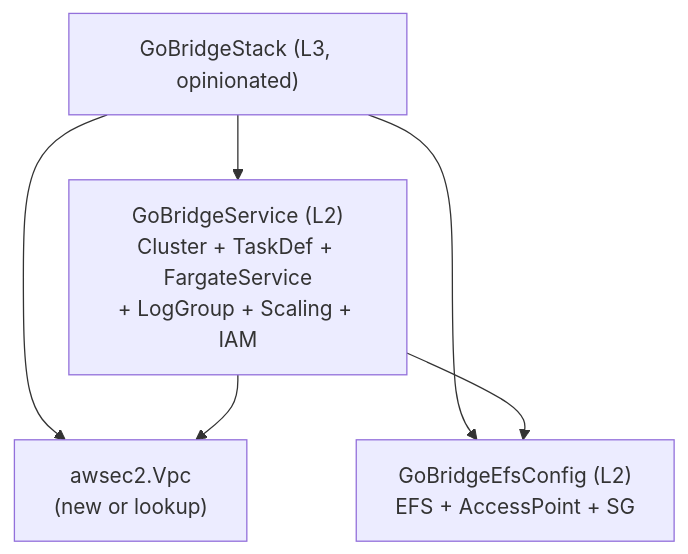
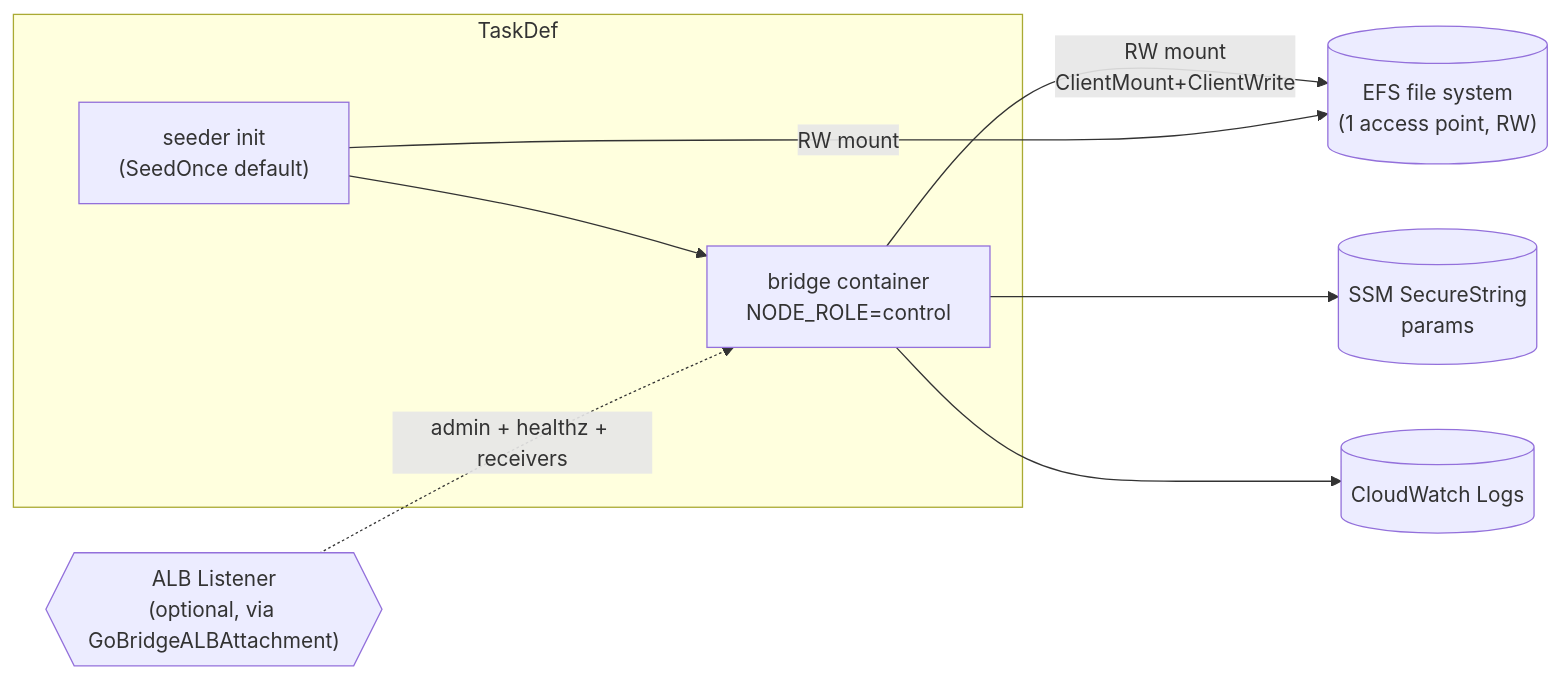
The third of 4 diagrams in deployment/aws-filebased-config/ARCHITECTURE.md (mariotoffia/gobridge), drawn with Mermaid before and after one commit. The commit also changed other lines of this file and 2 other files, not shown here.

First line of the commit message:
docs(aws-filebased-config): rewrite ARCHITECTURE.md for L2-only redesign (T23)

````diff
--- a/deployment/aws-filebased-config/ARCHITECTURE.md
+++ b/deployment/aws-filebased-config/ARCHITECTURE.md
@@ -27,13 +77,16 @@
 ```mermaid
-flowchart TB
-    Stack["GoBridgeStack (L3, opinionated)"]
-    VPC["awsec2.Vpc<br/>(new or lookup)"]
-    EFS["GoBridgeEfsConfig (L2)<br/>EFS + AccessPoint + SG"]
-    SVC["GoBridgeService (L2)<br/>Cluster + TaskDef + FargateService<br/>+ LogGroup + Scaling + IAM"]
+flowchart LR
+    subgraph TaskDef
+      SEED["seeder init<br/>(SeedOnce default)"] --> CTRL["bridge container<br/>NODE_ROLE=control"]
+    end
+    EFS[("EFS file system<br/>(1 access point, RW)")]
+    SSM[("SSM SecureString<br/>params")]
+    LOG[("CloudWatch Logs")]
+    ALB{{"ALB Listener<br/>(optional, via GoBridgeALBAttachment)"}}
 
-    Stack --> VPC
-    Stack --> EFS
-    Stack --> SVC
-    SVC --> EFS
-    SVC --> VPC
+    CTRL -- "RW mount<br/>ClientMount+ClientWrite" --> EFS
+    SEED -- "RW mount" --> EFS
+    CTRL --> SSM
+    CTRL --> LOG
+    ALB -. admin + healthz + receivers .-> CTRL
 ```
````
